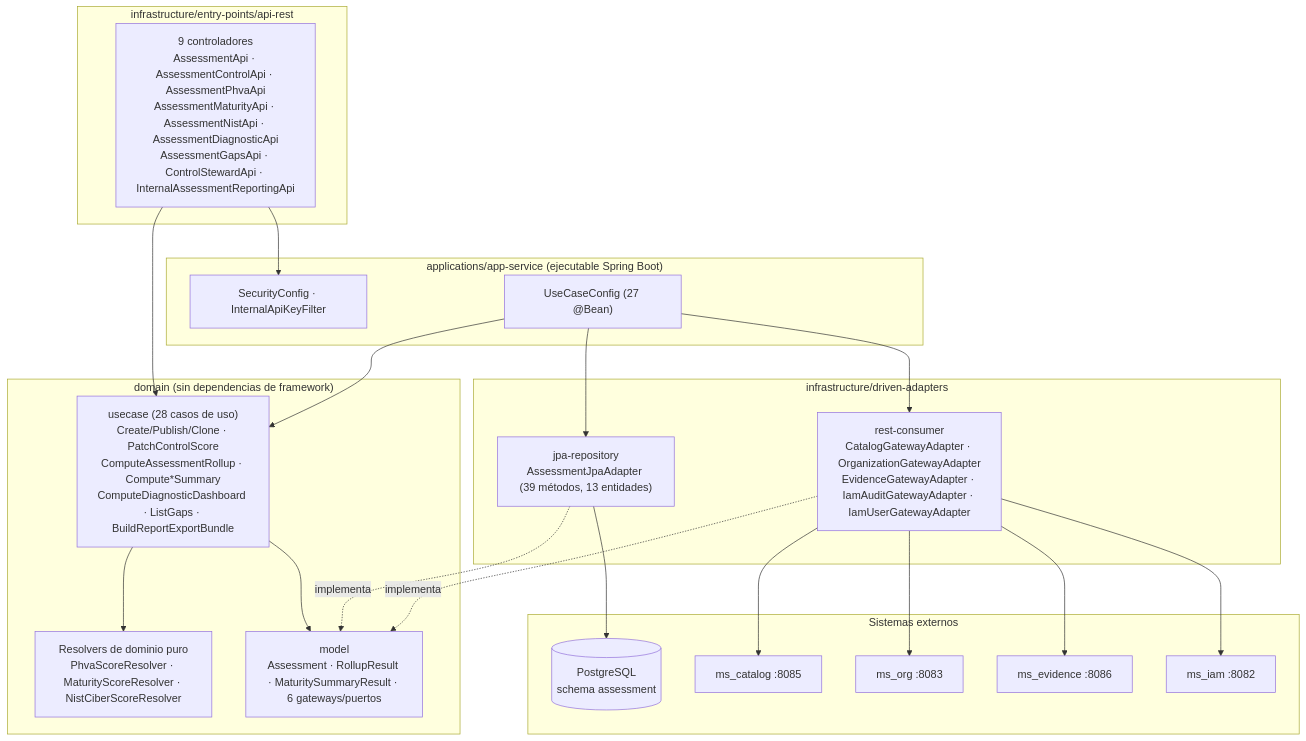
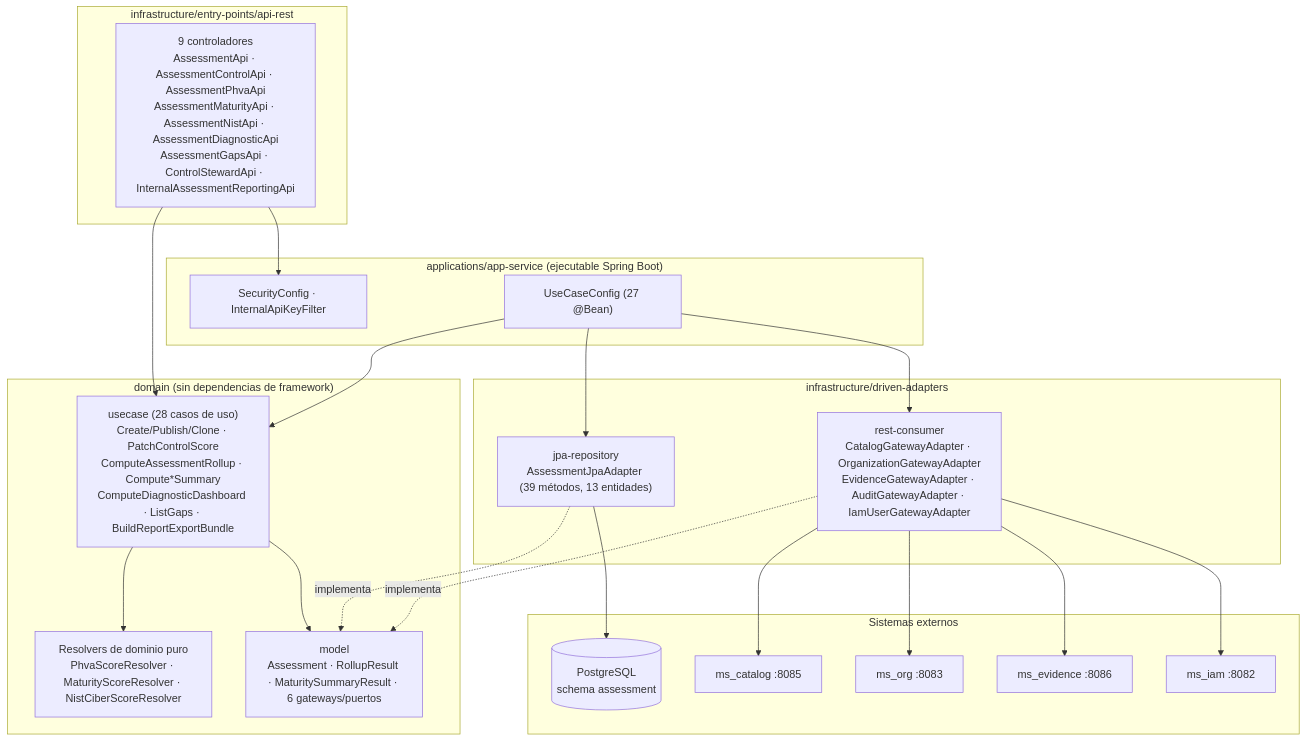
One commit to jdtovar07/MSPI_NVA_CO_DOCS changed the first of 2 diagrams in Documentacion-Backend/ms_assessment/03-Diseno.md. Above: the diagram before and after it, drawn with Mermaid. The commit also changed other lines of this file and 11 other files, not shown here.

First line of the commit message:
docs: document ms_audit extraction and MER audit schema ownership

````diff
--- a/Documentacion-Backend/ms_assessment/03-Diseno.md
+++ b/Documentacion-Backend/ms_assessment/03-Diseno.md
@@ -120,47 +120,47 @@
 ```mermaid
 flowchart TB
     subgraph EntryPoints["infrastructure/entry-points/api-rest"]
         API["9 controladores<br/>AssessmentApi · AssessmentControlApi · AssessmentPhvaApi<br/>AssessmentMaturityApi · AssessmentNistApi · AssessmentDiagnosticApi<br/>AssessmentGapsApi · ControlStewardApi · InternalAssessmentReportingApi"]
     end
 
     subgraph Domain["domain (sin dependencias de framework)"]
         UC["usecase (28 casos de uso)<br/>Create/Publish/Clone · PatchControlScore<br/>ComputeAssessmentRollup · Compute*Summary<br/>ComputeDiagnosticDashboard · ListGaps · BuildReportExportBundle"]
         RES["Resolvers de dominio puro<br/>PhvaScoreResolver · MaturityScoreResolver · NistCiberScoreResolver"]
         MODEL["model<br/>Assessment · RollupResult · MaturitySummaryResult · 6 gateways/puertos"]
     end
 
     subgraph DrivenAdapters["infrastructure/driven-adapters"]
         JPA["jpa-repository<br/>AssessmentJpaAdapter (39 métodos, 13 entidades)"]
-        REST["rest-consumer<br/>CatalogGatewayAdapter · OrganizationGatewayAdapter<br/>EvidenceGatewayAdapter · IamAuditGatewayAdapter · IamUserGatewayAdapter"]
+        REST["rest-consumer<br/>CatalogGatewayAdapter · OrganizationGatewayAdapter<br/>EvidenceGatewayAdapter · AuditGatewayAdapter · IamUserGatewayAdapter"]
     end
 
     subgraph AppService["applications/app-service (ejecutable Spring Boot)"]
         SEC["SecurityConfig · InternalApiKeyFilter"]
         WIRE["UseCaseConfig (27 @Bean)"]
     end
 
     subgraph External["Sistemas externos"]
         PG[(PostgreSQL<br/>schema assessment)]
         CAT["ms_catalog :8085"]
         ORG["ms_org :8083"]
         EV["ms_evidence :8086"]
         IAM["ms_iam :8082"]
     end
 
     API --> UC
     UC --> RES
     UC --> MODEL
     JPA -.implementa.-> MODEL
     REST -.implementa.-> MODEL
 
     WIRE --> UC
     WIRE --> JPA
     WIRE --> REST
 
     JPA --> PG
     REST --> CAT
     REST --> ORG
     REST --> EV
     REST --> IAM
     API --> SEC
 ```
````
